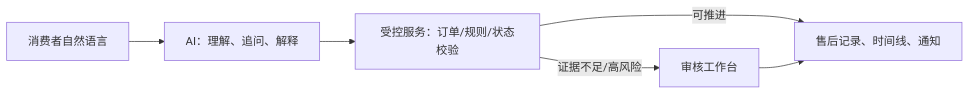
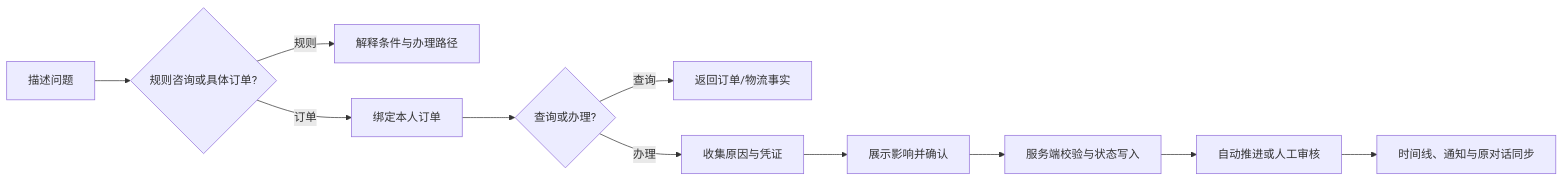
Before and after one commit to qrwuu/shopcare-ai-agent: the diagram in docs/ShopCare_PRD_精简版.md, drawn with Mermaid. The commit also changed other lines of this file and 1 other file, not shown here.

````diff
--- a/docs/ShopCare_PRD_精简版.md
+++ b/docs/ShopCare_PRD_精简版.md
@@ -20,8 +66,13 @@
 ```mermaid
 flowchart LR
-  U[消费者自然语言] --> AI[AI：理解、追问、解释]
-  AI --> S[受控服务：订单/规则/状态校验]
-  S -->|可推进| R[售后记录、时间线、通知]
-  S -->|证据不足/高风险| H[审核工作台]
-  H --> R
+  A[描述问题] --> B{规则咨询或具体订单?}
+  B -- 规则 --> C[解释条件与办理路径]
+  B -- 订单 --> D[绑定本人订单]
+  D --> E{查询或办理?}
+  E -- 查询 --> F[返回订单/物流事实]
+  E -- 办理 --> G[收集原因与凭证]
+  G --> H[展示影响并确认]
+  H --> I[服务端校验与状态写入]
+  I --> J[自动推进或人工审核]
+  J --> K[时间线、通知与原对话同步]
 ```
````
